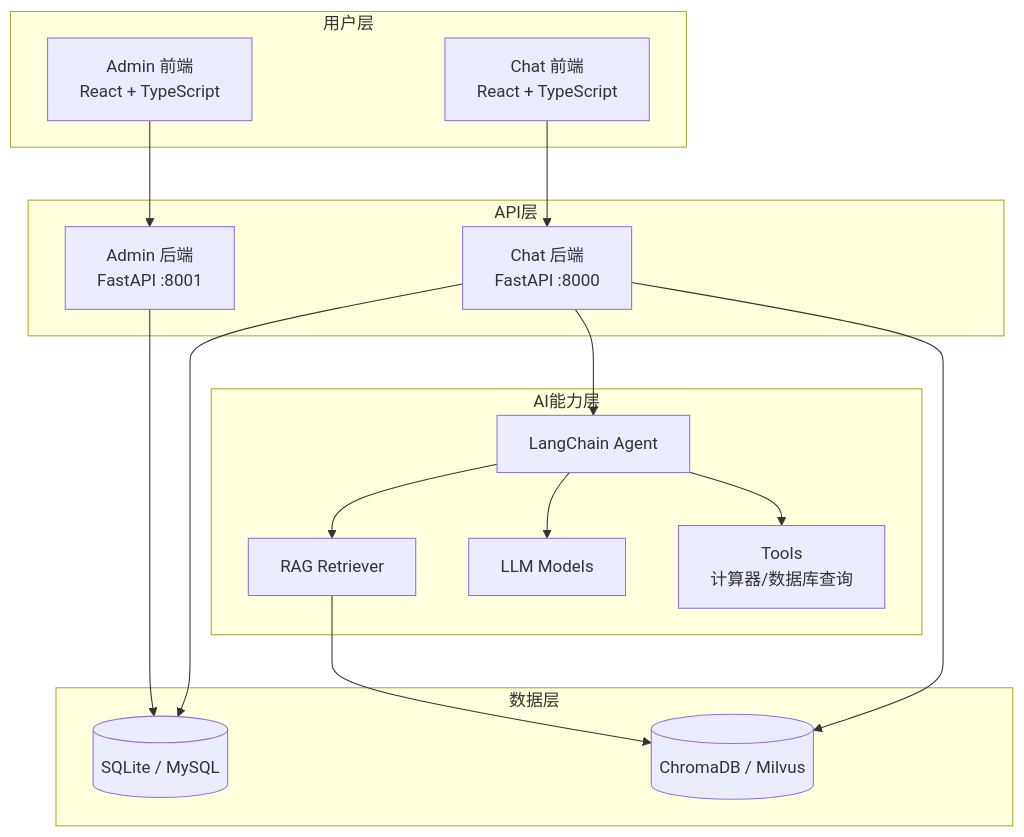
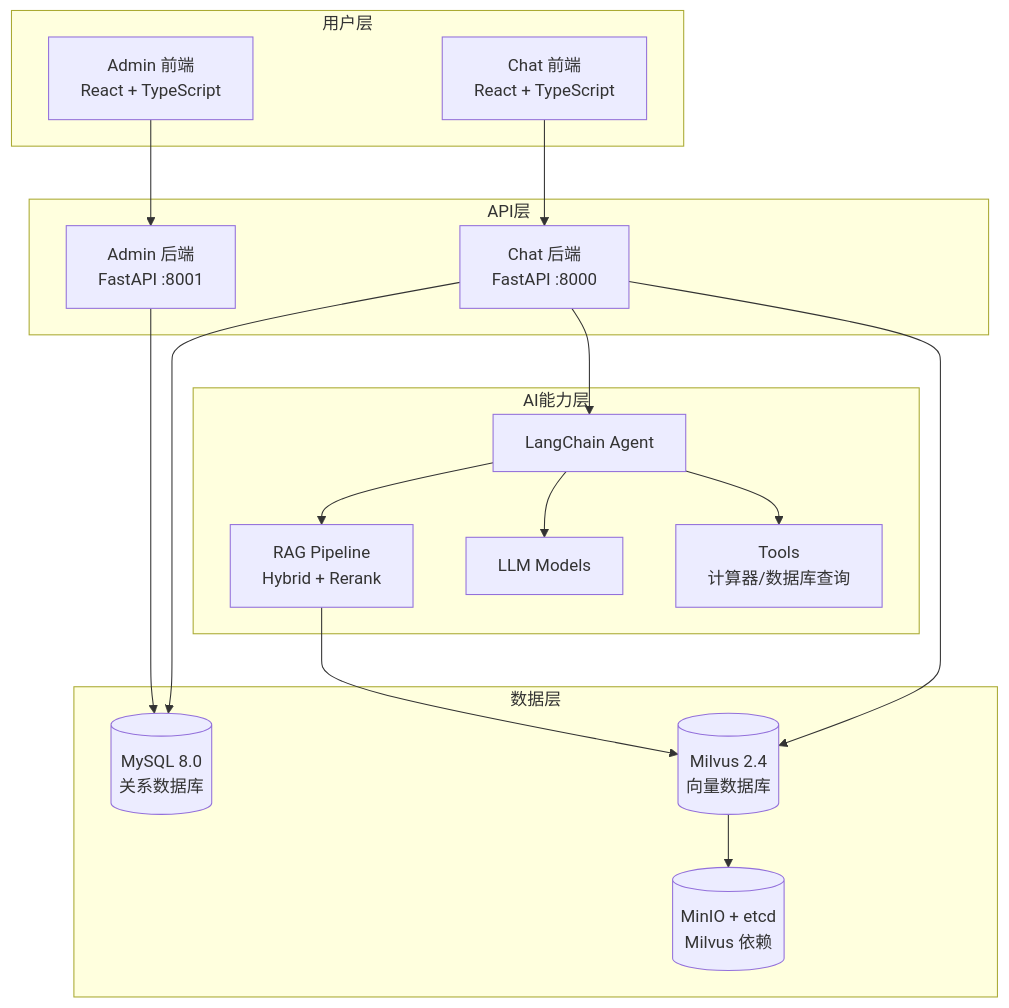
One commit to xmgfy/MGAgent changed the diagram in website/docs/intro.md. Above: the diagram before and after it, drawn with Mermaid. The commit also changed other lines of this file and 67 other files, not shown here.

````diff
--- a/website/docs/intro.md
+++ b/website/docs/intro.md
@@ -78,35 +84,37 @@
 ```mermaid
 flowchart TB
     subgraph 用户层
         A["Chat 前端<br/>React + TypeScript"]
         B["Admin 前端<br/>React + TypeScript"]
     end
 
     subgraph API层
         C["Chat 后端<br/>FastAPI :8000"]
         D["Admin 后端<br/>FastAPI :8001"]
     end
 
     subgraph 数据层
-        E[("SQLite / MySQL")]
-        F[("ChromaDB / Milvus")]
+        E[("MySQL 8.0<br/>关系数据库")]
+        F[("Milvus 2.4<br/>向量数据库")]
+        G[("MinIO + etcd<br/>Milvus 依赖")]
     end
 
     subgraph AI能力层
-        G[LangChain Agent]
-        H[RAG Retriever]
-        I[LLM Models]
-        J["Tools<br/>计算器/数据库查询"]
+        H[LangChain Agent]
+        I[RAG Pipeline<br/>Hybrid + Rerank]
+        J[LLM Models]
+        K["Tools<br/>计算器/数据库查询"]
     end
 
     A --> C
     B --> D
     C --> E
     C --> F
-    C --> G
-    G --> H
-    G --> I
-    G --> J
-    H --> F
+    C --> H
+    H --> I
+    H --> J
+    H --> K
+    I --> F
+    F --> G
     D --> E
 ```
````
